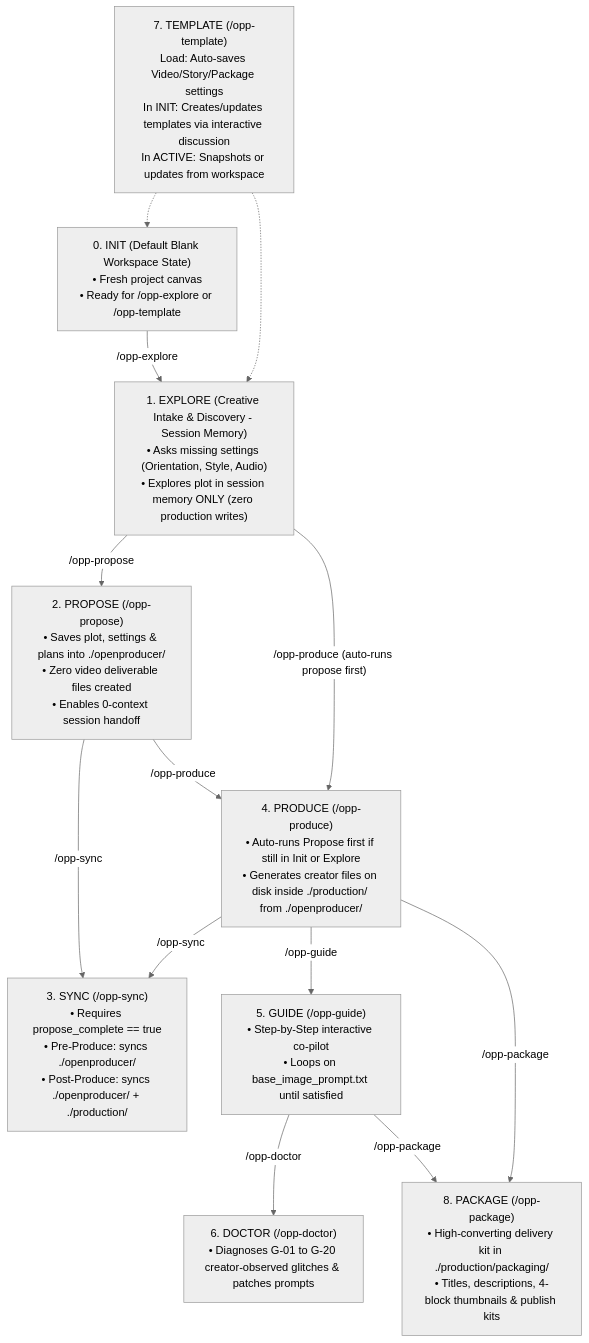
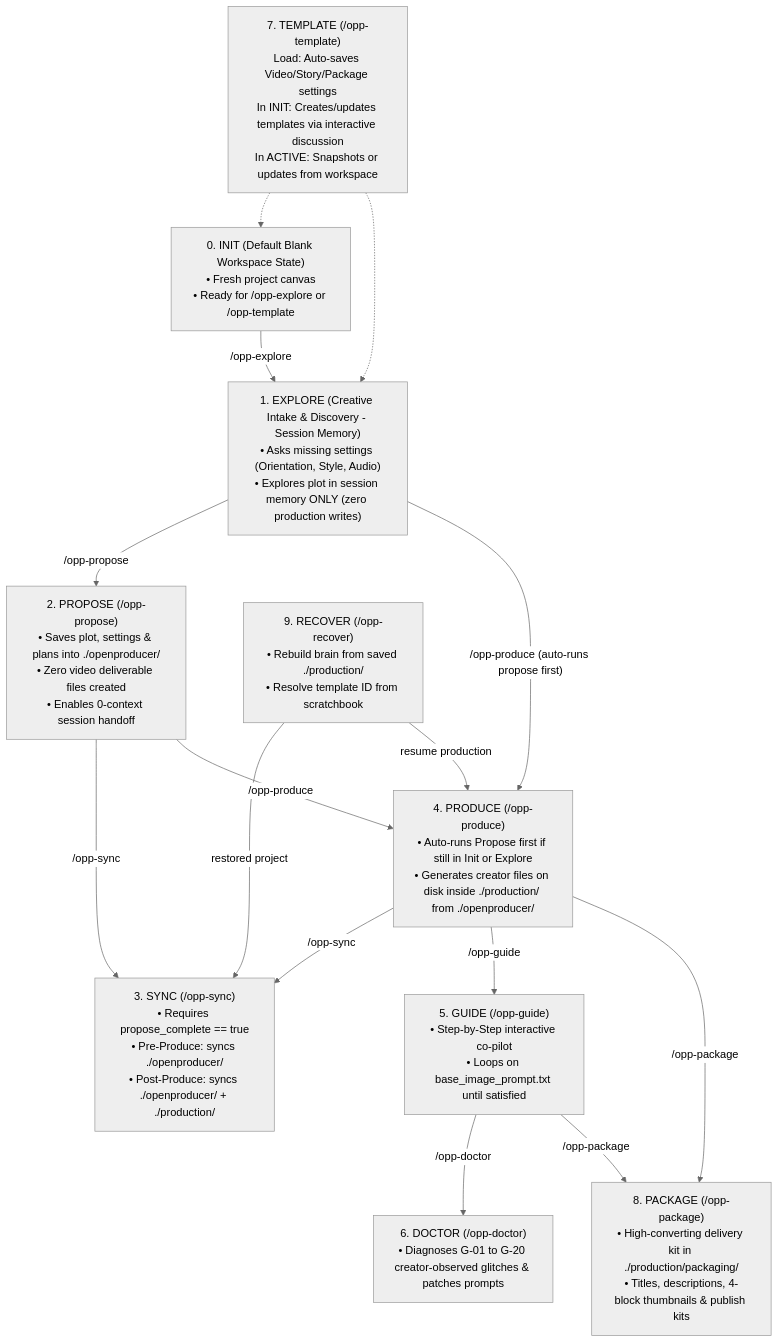
Before and after one commit to TheProjectsX/openproducer: the diagram in production_template/AGENTS.md, drawn with Mermaid (neutral theme). The commit also changed other lines of this file and 18 other files, not shown here.

````diff
--- a/production_template/AGENTS.md
+++ b/production_template/AGENTS.md
@@ -159,24 +159,27 @@
 ```mermaid
 flowchart TD
     I["0. INIT (Default Blank Workspace State)<br/>• Fresh project canvas<br/>• Ready for /opp-explore or /opp-template"]
     T["7. TEMPLATE (/opp-template)<br/>Load: Auto-saves Video/Story/Package settings<br/>In INIT: Creates/updates templates via interactive discussion<br/>In ACTIVE: Snapshots or updates from workspace"] -.-> I
     T -.-> E
     I -->|"/opp-explore"| E
     E["1. EXPLORE (Creative Intake & Discovery - Session Memory)<br/>• Asks missing settings (Orientation, Style, Audio)<br/>• Explores plot in session memory ONLY (zero production writes)"]
     P["2. PROPOSE (/opp-propose)<br/>• Saves plot, settings & plans into ./openproducer/<br/>• Zero video deliverable files created<br/>• Enables 0-context session handoff"]
     S["3. SYNC (/opp-sync)<br/>• Requires propose_complete == true<br/>• Pre-Produce: syncs ./openproducer/<br/>• Post-Produce: syncs ./openproducer/ + ./production/"]
     PR["4. PRODUCE (/opp-produce)<br/>• Auto-runs Propose first if still in Init or Explore<br/>• Generates creator files on disk inside ./production/ from ./openproducer/"]
     G["5. GUIDE (/opp-guide)<br/>• Step-by-Step interactive co-pilot<br/>• Loops on base_image_prompt.txt until satisfied"]
     D["6. DOCTOR (/opp-doctor)<br/>• Diagnoses G-01 to G-20 creator-observed glitches & patches prompts"]
     PKG["8. PACKAGE (/opp-package)<br/>• High-converting delivery kit in ./production/packaging/<br/>• Titles, descriptions, 4-block thumbnails & publish kits"]
+    R["9. RECOVER (/opp-recover)<br/>• Rebuild brain from saved ./production/<br/>• Resolve template ID from scratchbook"]
 
     E -->|"/opp-propose"| P
     E -->|"/opp-produce (auto-runs propose first)"| PR
     P -->|"/opp-sync"| S
     P -->|"/opp-produce"| PR
     PR -->|"/opp-sync"| S
     PR -->|"/opp-guide"| G
     G -->|"/opp-doctor"| D
     PR -->|"/opp-package"| PKG
     G -->|"/opp-package"| PKG
+    R -->|"restored project"| S
+    R -->|"resume production"| PR
 ```
````
